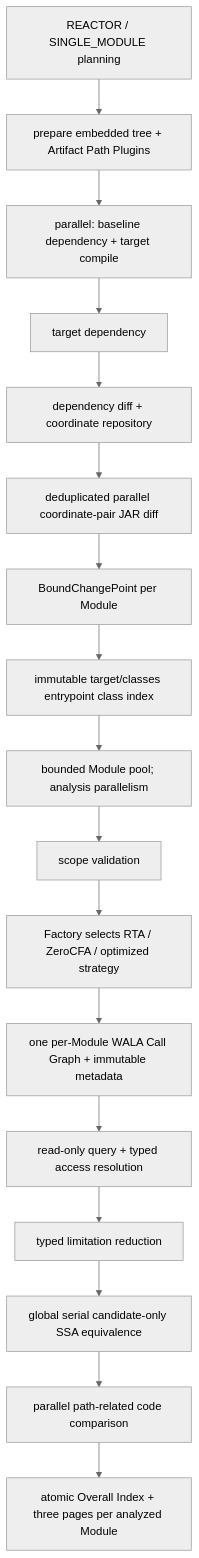
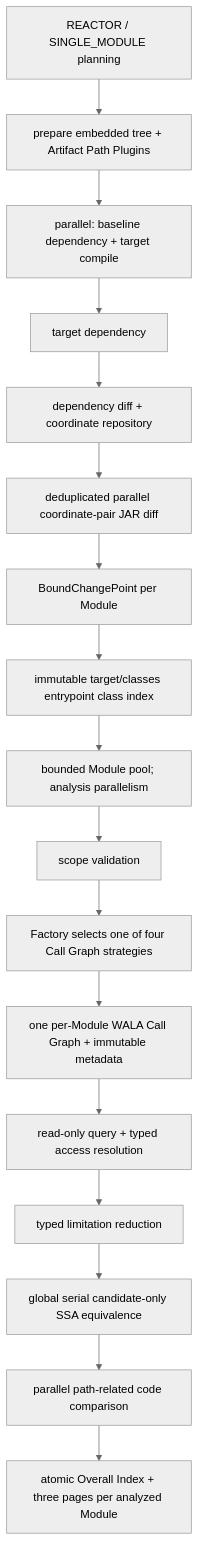
The diagram in wiki/architecture/dependency-analysis-pipelines.md (ymyii/change-impact-analyze), drawn with Mermaid (neutral theme) before and after one commit. The commit also changed other lines of this file and 40 other files, not shown here.

First line of the commit message:
feat(call-graph): add 1-object-1-call-site analysis

````diff
--- a/wiki/architecture/dependency-analysis-pipelines.md
+++ b/wiki/architecture/dependency-analysis-pipelines.md
@@ -36,19 +36,19 @@
 ```mermaid
 flowchart TD
   Scope["REACTOR / SINGLE_MODULE planning"] --> Plugin["prepare embedded tree + Artifact Path Plugins"]
   Plugin --> Front
   Front["parallel: baseline dependency + target compile"] --> TargetDep["target dependency"]
   TargetDep --> DepDiff["dependency diff + coordinate repository"]
   DepDiff --> JarDiff["deduplicated parallel coordinate-pair JAR diff"]
   JarDiff --> Bind["BoundChangePoint per Module"]
   Bind --> EntrySelection["immutable target/classes entrypoint class index"]
   EntrySelection --> ModulePool["bounded Module pool; analysis parallelism"]
   ModulePool --> ScopeValidation["scope validation"]
-  ScopeValidation --> Strategy["Factory selects RTA / ZeroCFA / optimized strategy"]
+  ScopeValidation --> Strategy["Factory selects one of four Call Graph strategies"]
   Strategy --> CFA["one per-Module WALA Call Graph + immutable metadata"]
   CFA --> Query["read-only query + typed access resolution"]
   Query --> Coverage["typed limitation reduction"]
   Coverage --> SSA["global serial candidate-only SSA equivalence"]
   SSA --> Decompile["parallel path-related code comparison"]
   Decompile --> Report["atomic Overall Index + three pages per analyzed Module"]
 ```
````
